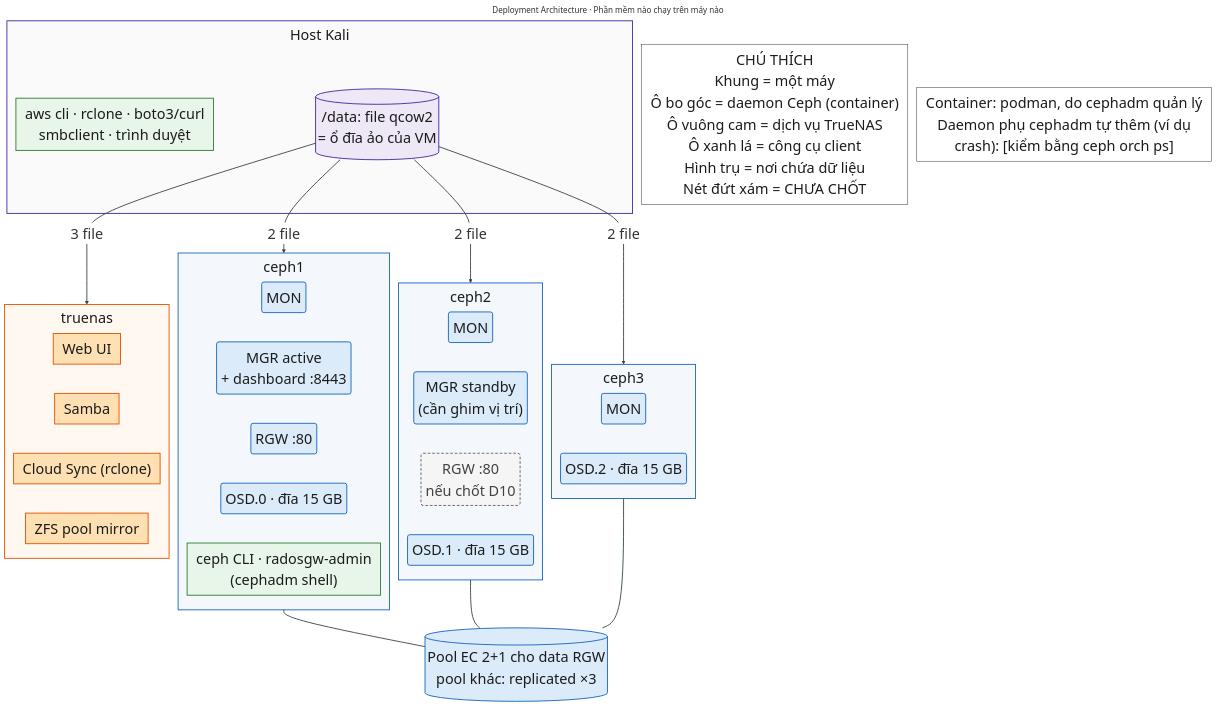
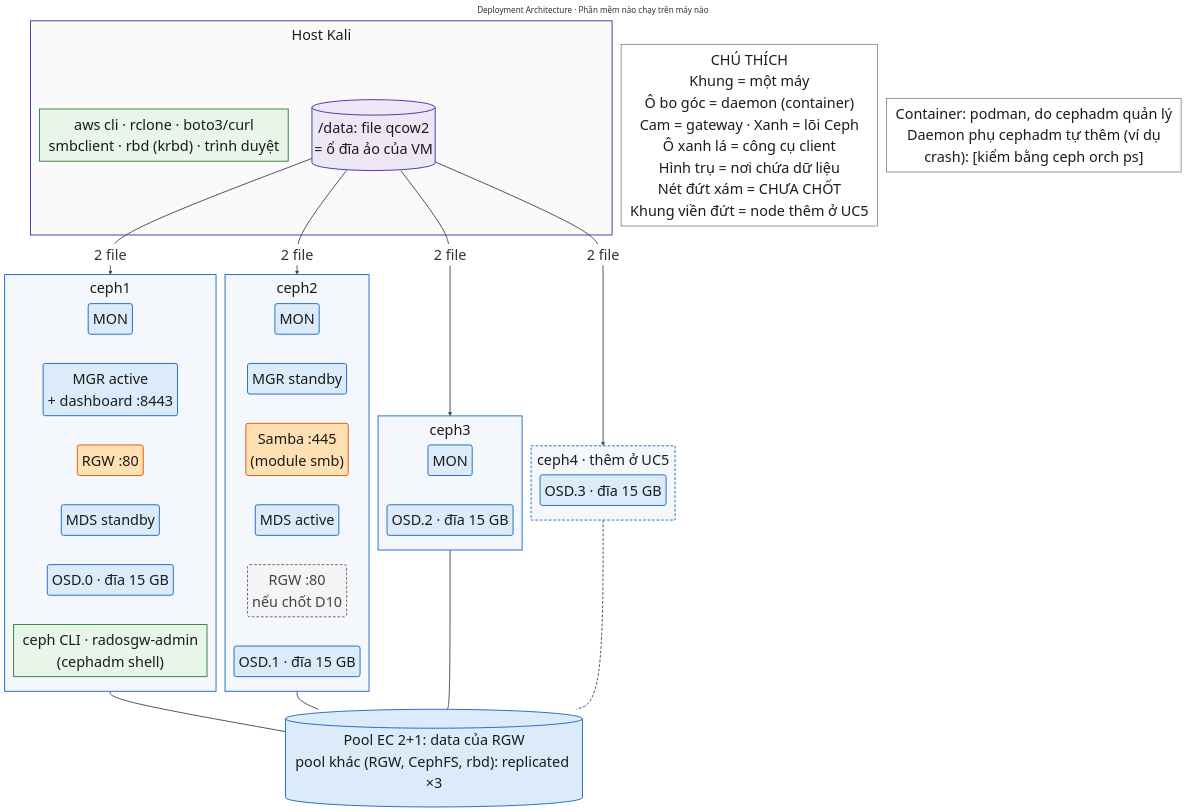
Before and after one commit to HDungg925/Project: the diagram in NT132-P2-kien-truc/slide10-deployment.mmd, drawn with Mermaid. The commit also changed 11 other files, not shown here.

Commit message:
Bo TrueNAS

```diff
--- a/NT132-P2-kien-truc/slide10-deployment.mmd
+++ b/NT132-P2-kien-truc/slide10-deployment.mmd
@@ -1,86 +1,91 @@
 ---
 title: "Deployment Architecture · Phần mềm nào chạy trên máy nào"
+config:
+  layout: dagre
+  theme: base
+  themeVariables: {"fontSize": "32px", "fontFamily": "Arial, Helvetica, sans-serif", "lineColor": "#37474F", "edgeLabelBackground": "#FFFFFF"}
+  themeCSS: ".flowchartTitleText { font-size: 42px; font-weight: bold; } .edgeLabel div { max-width: none !important; white-space: nowrap !important; }"
+  flowchart: {"curve": "basis", "wrappingWidth": 650, "nodeSpacing": 20, "rankSpacing": 40, "padding": 10, "subGraphTitleMargin": {"top": 6, "bottom": 26}}
 ---
-%%{init: {"theme": "base", "themeVariables": {"fontSize": "32px", "fontFamily": "Arial, Helvetica, sans-serif", "lineColor": "#37474F", "edgeLabelBackground": "#FFFFFF"}, "themeCSS": ".flowchartTitleText { font-size: 42px; font-weight: bold; } .edgeLabel div { max-width: none !important; white-space: nowrap !important; }", "flowchart": {"curve": "basis", "wrappingWidth": 650, "nodeSpacing": 20, "rankSpacing": 40, "padding": 10, "subGraphTitleMargin": {"top": 6, "bottom": 26}}}}%%
 flowchart TB
-    %% ===== BẢNG MÀU CHUNG (giữ nguyên như slide 6-9) =====
+    %% ===== BẢNG MÀU CHUNG v3 (giữ nguyên như slide 6-9) =====
     classDef client  fill:#E8F5E9,stroke:#2E7D32,stroke-width:2px,color:#1B1B1B
-    classDef truenas fill:#FFE0B2,stroke:#E65100,stroke-width:2px,color:#1B1B1B
+    classDef gateway fill:#FFE0B2,stroke:#E65100,stroke-width:2px,color:#1B1B1B
     classDef ceph    fill:#DCEBFA,stroke:#1565C0,stroke-width:2px,color:#1B1B1B
     classDef infra   fill:#EDE7F6,stroke:#4527A0,stroke-width:2px,color:#1B1B1B
     classDef should  fill:#F5F5F5,stroke:#616161,stroke-width:2px,stroke-dasharray:6 4,color:#424242
     classDef note    fill:#FFFFFF,stroke:#212121,stroke-width:1px,color:#1B1B1B
 
     %% ===== HOST KALI =====
     subgraph H_KALI["Host Kali"]
-        K_CLI["aws cli · rclone · boto3/curl<br/>smbclient · trình duyệt"]
+        K_CLI["aws cli · rclone · boto3/curl<br/>smbclient · rbd (krbd) · trình duyệt"]
         K_DATA[("/data: file qcow2<br/>= ổ đĩa ảo của VM")]
     end
 
-    %% ===== CÁC VM =====
-    %% Khai báo truenas SAU 3 node Ceph là CỐ Ý: như vậy cả v11 và v12 đều xếp truenas bên trái
+    %% ===== 4 NODE CEPH =====
     subgraph V_C1["ceph1"]
         direction TB
         C1_MON("MON")
         C1_MGR("MGR active<br/>+ dashboard :8443")
         C1_RGW("RGW :80")
+        C1_MDS("MDS standby")
         C1_OSD("OSD.0 · đĩa 15 GB")
         C1_CLI["ceph CLI · radosgw-admin<br/>(cephadm shell)"]
     end
 
     subgraph V_C2["ceph2"]
         direction TB
         C2_MON("MON")
-        C2_MGR("MGR standby<br/>(cần ghim vị trí)")
+        C2_MGR("MGR standby")
+        C2_SMB("Samba :445<br/>(module smb)")
+        C2_MDS("MDS active")
         C2_RGW("RGW :80<br/>nếu chốt D10")
         C2_OSD("OSD.1 · đĩa 15 GB")
     end
 
     subgraph V_C3["ceph3"]
         direction TB
         C3_MON("MON")
         C3_OSD("OSD.2 · đĩa 15 GB")
     end
 
-    subgraph V_TN["truenas"]
+    subgraph V_C4["ceph4 · thêm ở UC5"]
         direction TB
-        T_UI["Web UI"]
-        T_SMB["Samba"]
-        T_CS["Cloud Sync (rclone)"]
-        T_ZFS["ZFS pool mirror"]
+        C4_OSD("OSD.3 · đĩa 15 GB")
     end
 
-    POOL[("Pool EC 2+1 cho data RGW<br/>pool khác: replicated ×3")]
+    POOL[("Pool EC 2+1: data của RGW<br/>pool khác (RGW, CephFS, rbd): replicated ×3")]
 
-    LEG["CHÚ THÍCH<br/>Khung = một máy<br/>Ô bo góc = daemon Ceph (container)<br/>Ô vuông cam = dịch vụ TrueNAS<br/>Ô xanh lá = công cụ client<br/>Hình trụ = nơi chứa dữ liệu<br/>Nét đứt xám = CHƯA CHỐT"]
+    LEG["CHÚ THÍCH<br/>Khung = một máy<br/>Ô bo góc = daemon (container)<br/>Cam = gateway · Xanh = lõi Ceph<br/>Ô xanh lá = công cụ client<br/>Hình trụ = nơi chứa dữ liệu<br/>Nét đứt xám = CHƯA CHỐT<br/>Khung viền đứt = node thêm ở UC5"]
     EXTRA["Container: podman, do cephadm quản lý<br/>Daemon phụ cephadm tự thêm (ví dụ<br/>crash): [kiểm bằng ceph orch ps]"]
 
-    %% ===== ĐƯỜNG NỐI THẬT (link 0-6) =====
+    %% ===== ĐƯỜNG NỐI THẬT (link 0-7) =====
     %% Nối vào KHUNG máy (V_...), không nối vào ô bên trong: nối vào ô bên trong làm v11 kéo giãn cột
-    K_DATA -->|"3 file"| V_TN
     K_DATA -->|"2 file"| V_C1
     K_DATA -->|"2 file"| V_C2
     K_DATA -->|"2 file"| V_C3
+    K_DATA -->|"2 file"| V_C4
     V_C1 --- POOL
     V_C2 --- POOL
     V_C3 --- POOL
+    V_C4 --- POOL
 
-    %% ===== LIÊN KẾT ẨN: xếp daemon thành cột dọc trong từng máy (link 7+) =====
-    T_UI ~~~ T_SMB ~~~ T_CS ~~~ T_ZFS
-    C1_MON ~~~ C1_MGR ~~~ C1_RGW ~~~ C1_OSD ~~~ C1_CLI
-    C2_MON ~~~ C2_MGR ~~~ C2_RGW ~~~ C2_OSD
+    %% ===== LIÊN KẾT ẨN: xếp daemon thành cột dọc trong từng máy (link 8+) =====
+    C1_MON ~~~ C1_MGR ~~~ C1_RGW ~~~ C1_MDS ~~~ C1_OSD ~~~ C1_CLI
+    C2_MON ~~~ C2_MGR ~~~ C2_SMB ~~~ C2_MDS ~~~ C2_RGW ~~~ C2_OSD
     C3_MON ~~~ C3_OSD
 
     linkStyle 0,1,2,3,4,5,6 stroke:#37474F,stroke-width:2px
+    linkStyle 7 stroke:#37474F,stroke-width:2px,stroke-dasharray:6 4
 
     class K_CLI,C1_CLI client
     class K_DATA infra
-    class T_UI,T_SMB,T_CS,T_ZFS truenas
-    class C1_MON,C1_MGR,C1_RGW,C1_OSD,C2_MON,C2_MGR,C2_OSD,C3_MON,C3_OSD,POOL ceph
+    class C1_RGW,C2_SMB gateway
+    class C1_MON,C1_MGR,C1_MDS,C1_OSD,C2_MON,C2_MGR,C2_MDS,C2_OSD,C3_MON,C3_OSD,C4_OSD,POOL ceph
     class C2_RGW should
     class LEG,EXTRA note
     style H_KALI fill:#FAFAFA,stroke:#4527A0,stroke-width:2px,color:#1B1B1B
-    style V_TN fill:#FFF8F0,stroke:#E65100,stroke-width:2px,color:#1B1B1B
     style V_C1 fill:#F4F8FD,stroke:#1565C0,stroke-width:2px,color:#1B1B1B
     style V_C2 fill:#F4F8FD,stroke:#1565C0,stroke-width:2px,color:#1B1B1B
     style V_C3 fill:#F4F8FD,stroke:#1565C0,stroke-width:2px,color:#1B1B1B
+    style V_C4 fill:#F4F8FD,stroke:#1565C0,stroke-width:2px,stroke-dasharray:6 4,color:#1B1B1B
```
